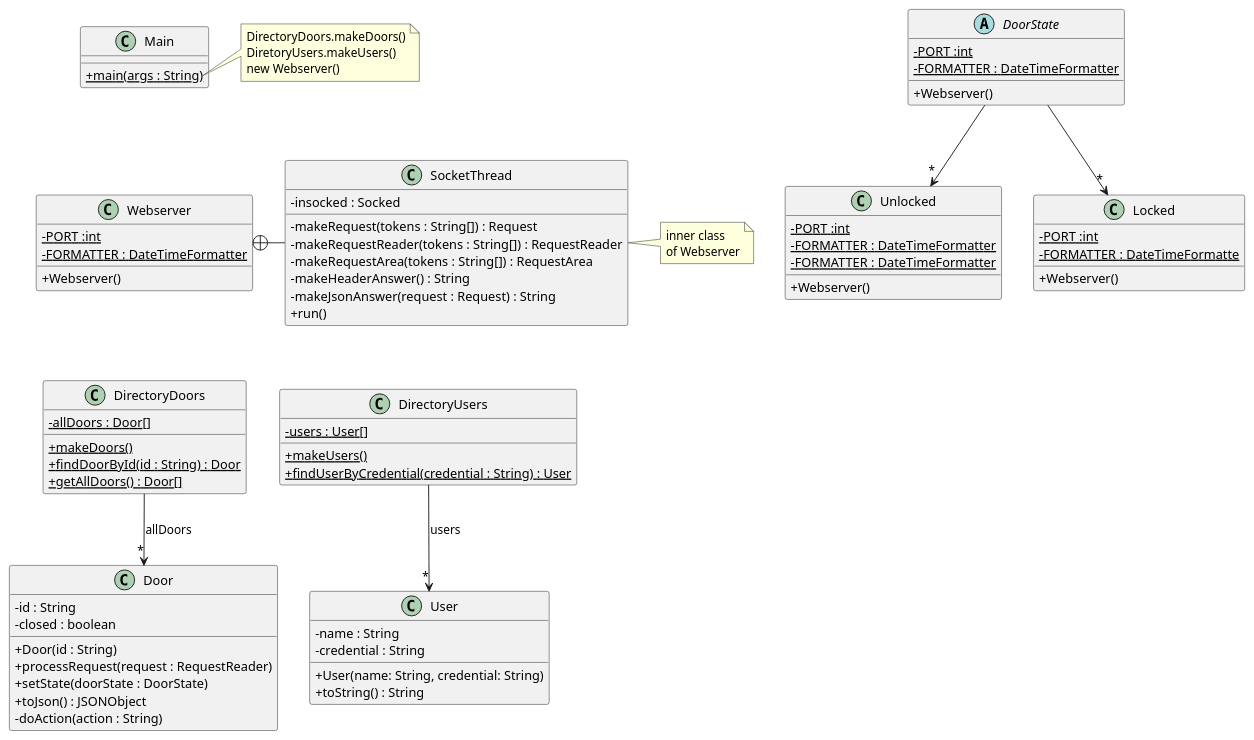
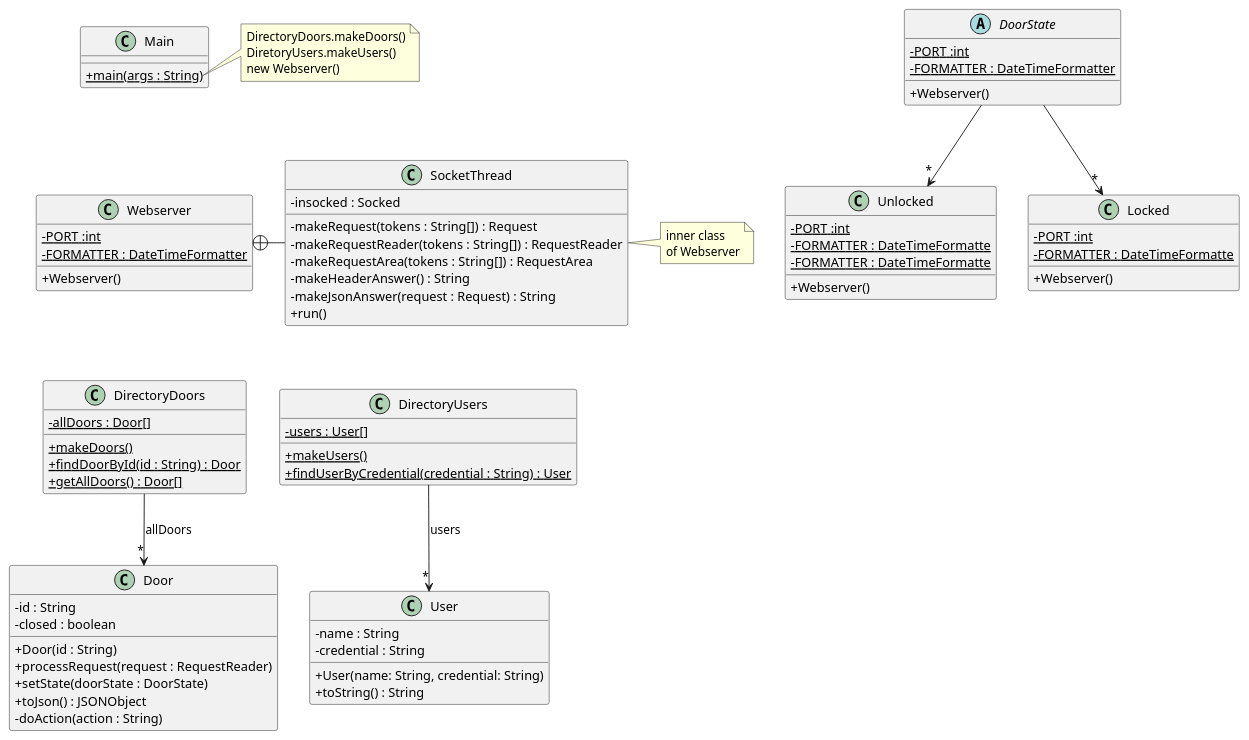
One commit to marcmejias/acs_students424 changed the diagram in src/baseNoStates/uml/base_no_states.puml. Above: the diagram before and after it, drawn with PlantUML.

```diff
--- a/src/baseNoStates/uml/base_no_states.puml
+++ b/src/baseNoStates/uml/base_no_states.puml
@@ -1,102 +1,102 @@
 @startuml
 'https://plantuml.com/class-diagram
 skinparam classAttributeIconSize 0
 
 class Webserver {
 - {static} PORT :int
 - {static} FORMATTER : DateTimeFormatter
 + Webserver()
 }
 
 class SocketThread {
 - insocked : Socked
 - makeRequest(tokens : String[]) : Request
 - makeRequestReader(tokens : String[]) : RequestReader
 - makeRequestArea(tokens : String[]) : RequestArea
 - makeHeaderAnswer() : String
 - makeJsonAnswer(request : Request) : String
 + run()
 }
 
 Webserver +-right- SocketThread
 
 note right of SocketThread
 inner class
 of Webserver
 end note
 
 class DirectoryDoors {
 - {static} allDoors : Door[]
 + {static} makeDoors()
 + {static} findDoorById(id : String) : Door
 + {static} getAllDoors() : Door[]
 }
 
 DirectoryDoors --> "*" Door : "allDoors"
 
 class DirectoryUsers {
 - {static} users : User[]
 + {static} makeUsers()
 + {static} findUserByCredential(credential : String) : User
 }
 
 DirectoryUsers --> "*" User : "users"
 
 class Door {
 - id : String
 - closed : boolean
 + Door(id : String)
 + processRequest(request : RequestReader)
 + setState(doorState : DoorState)
 + toJson() : JSONObject
 '+ toString() : String
 '+ isClosed() :boolean
 '+ setClosed(b : boolean)
 '+ getStateName() : String
 - doAction(action : String)
 }
 
 abstract DoorState  {
 - {static} PORT :int
 - {static} FORMATTER : DateTimeFormatter
 + Webserver()
 }
 
 DoorState --> "*" Unlocked
 DoorState --> "*" Locked
 
 class Unlocked {
 - {static} PORT :int
-- {static} FORMATTER : DateTimeFormatter
-- {static} FORMATTER : DateTimeFormatter
+- {static} FORMATTER : DateTimeFormatte
+- {static} FORMATTER : DateTimeFormatte
 + Webserver()
 }
 
 class Locked {
 - {static} PORT :int
 - {static} FORMATTER : DateTimeFormatte
 + Webserver()
 }
 
 class User {
 - name : String
 - credential : String
 + User(name: String, credential: String)
 + toString() : String
 }
 
 
 class Main {
 + {static} main(args : String)
 }
 
 note right of Main::main
 DirectoryDoors.makeDoors()
 DiretoryUsers.makeUsers()
 new Webserver()
 end note
 
 Main -[hidden]down- Webserver
 Webserver -[hidden]down- DirectoryDoors
 DirectoryDoors -[hidden]right- DirectoryUsers
 @enduml
```
